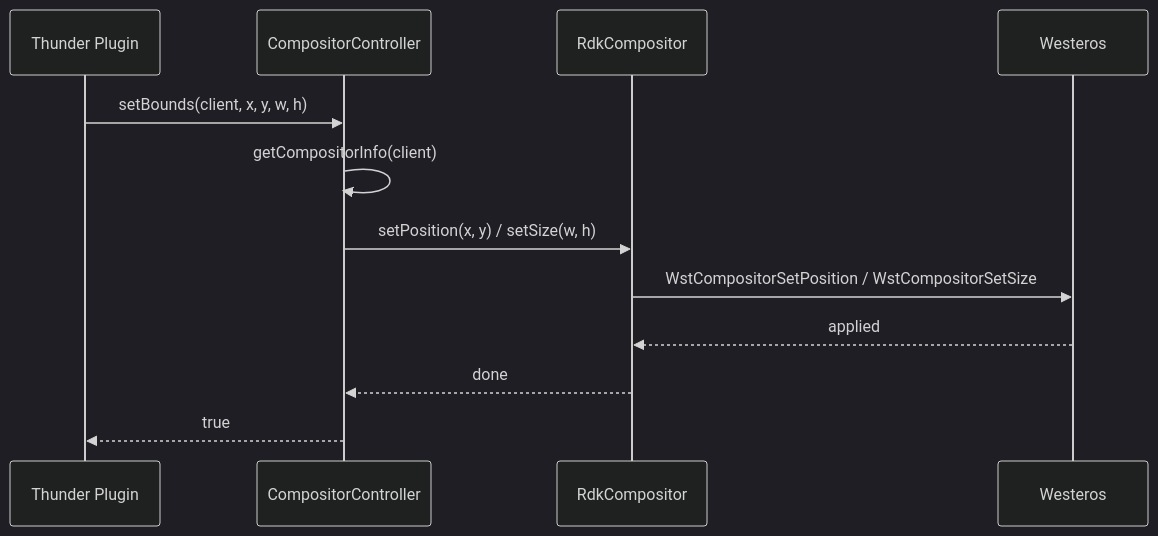
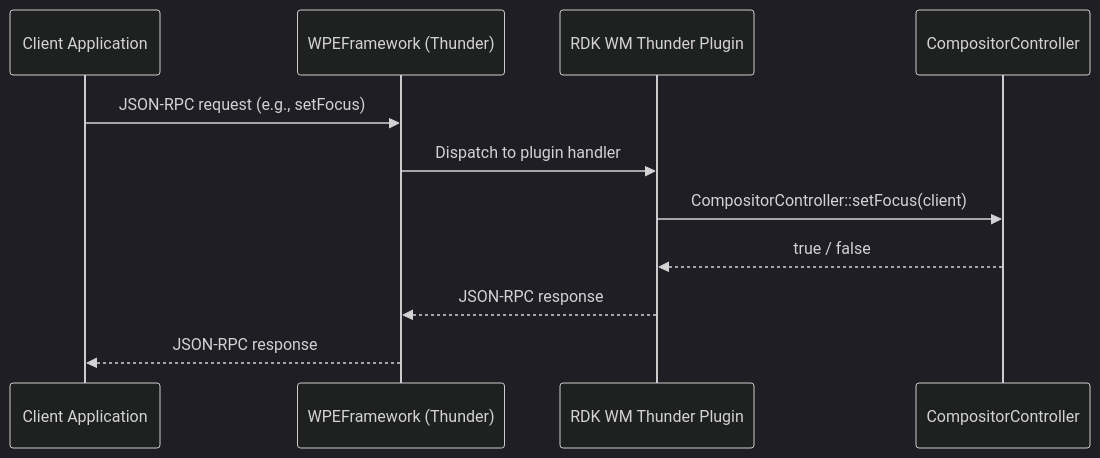
One commit to rns21/RDK_Documentation changed the sixth of 8 diagrams in docs/docu/RDKV-Documentations/rdkwindowmgr.md. Above: the diagram before and after it, drawn with Mermaid (dark theme). The commit also changed other lines of this file, not shown here.

````diff
--- a/docs/docu/RDKV-Documentations/rdkwindowmgr.md
+++ b/docs/docu/RDKV-Documentations/rdkwindowmgr.md
@@ -323,15 +320,14 @@
 ```mermaid
 sequenceDiagram
-    participant Plugin as Thunder Plugin
+    participant Client as Client Application
+    participant Thunder as WPEFramework (Thunder)
+    participant Plugin as RDK WM Thunder Plugin
     participant CC as CompositorController
-    participant RC as RdkCompositor
-    participant Wst as Westeros
 
-    Plugin->>CC: setBounds(client, x, y, w, h)
-    CC->>CC: getCompositorInfo(client)
-    CC->>RC: setPosition(x, y) / setSize(w, h)
-    RC->>Wst: WstCompositorSetPosition / WstCompositorSetSize
-    Wst-->>RC: applied
-    RC-->>CC: done
-    CC-->>Plugin: true
+    Client->>Thunder: JSON-RPC request (e.g., setFocus)
+    Thunder->>Plugin: Dispatch to plugin handler
+    Plugin->>CC: CompositorController::setFocus(client)
+    CC-->>Plugin: true / false
+    Plugin-->>Thunder: JSON-RPC response
+    Thunder-->>Client: JSON-RPC response
 ```
````
